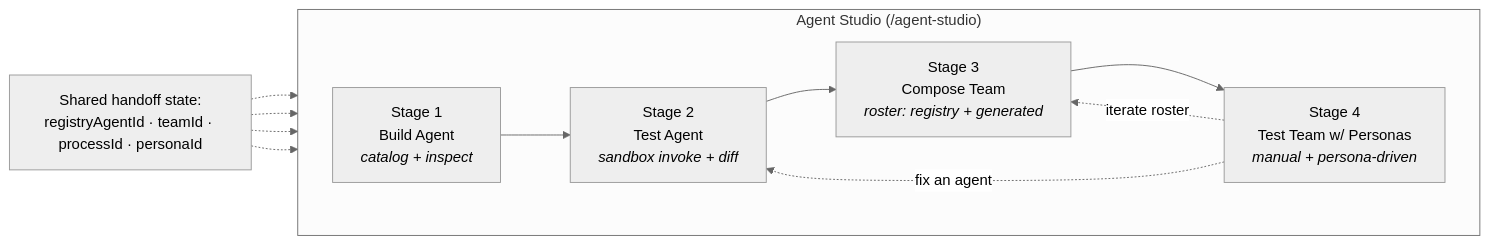
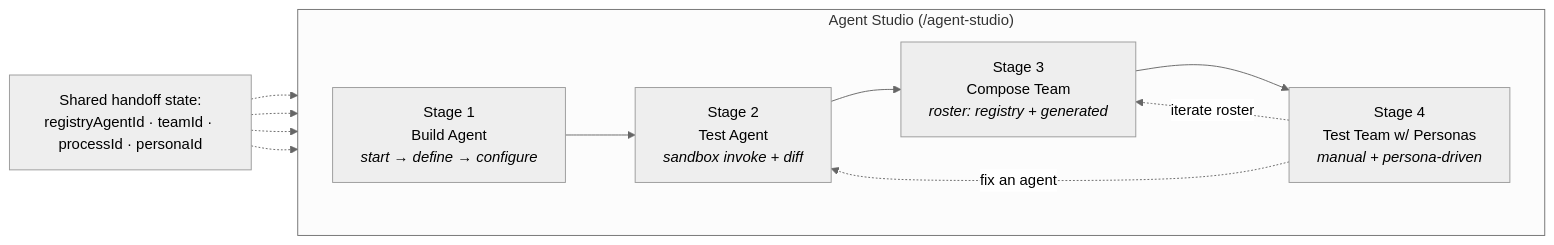
The first of 2 diagrams in docs/design/agent-studio-ux-spec.md (brandonkindred/Khala-Agentic-AI-Teams), drawn with Mermaid (neutral theme) before and after one commit. The commit also changed other lines of this file, not shown here.

````diff
--- a/docs/design/agent-studio-ux-spec.md
+++ b/docs/design/agent-studio-ux-spec.md
@@ -38,15 +38,15 @@
 ```mermaid
 flowchart LR
     subgraph Studio["Agent Studio  (/agent-studio)"]
         direction LR
-        S1["Stage 1<br/>Build Agent<br/><i>catalog + inspect</i>"]
+        S1["Stage 1<br/>Build Agent<br/><i>start → define → configure</i>"]
         S2["Stage 2<br/>Test Agent<br/><i>sandbox invoke + diff</i>"]
         S3["Stage 3<br/>Compose Team<br/><i>roster: registry + generated</i>"]
         S4["Stage 4<br/>Test Team w/ Personas<br/><i>manual + persona-driven</i>"]
         S1 --> S2 --> S3 --> S4
     end
     S4 -.->|iterate roster| S3
     S4 -.->|fix an agent| S2
     State["Shared handoff state:<br/>registryAgentId · teamId · processId · personaId"]
     State -.-> S1 & S2 & S3 & S4
 ```
````
